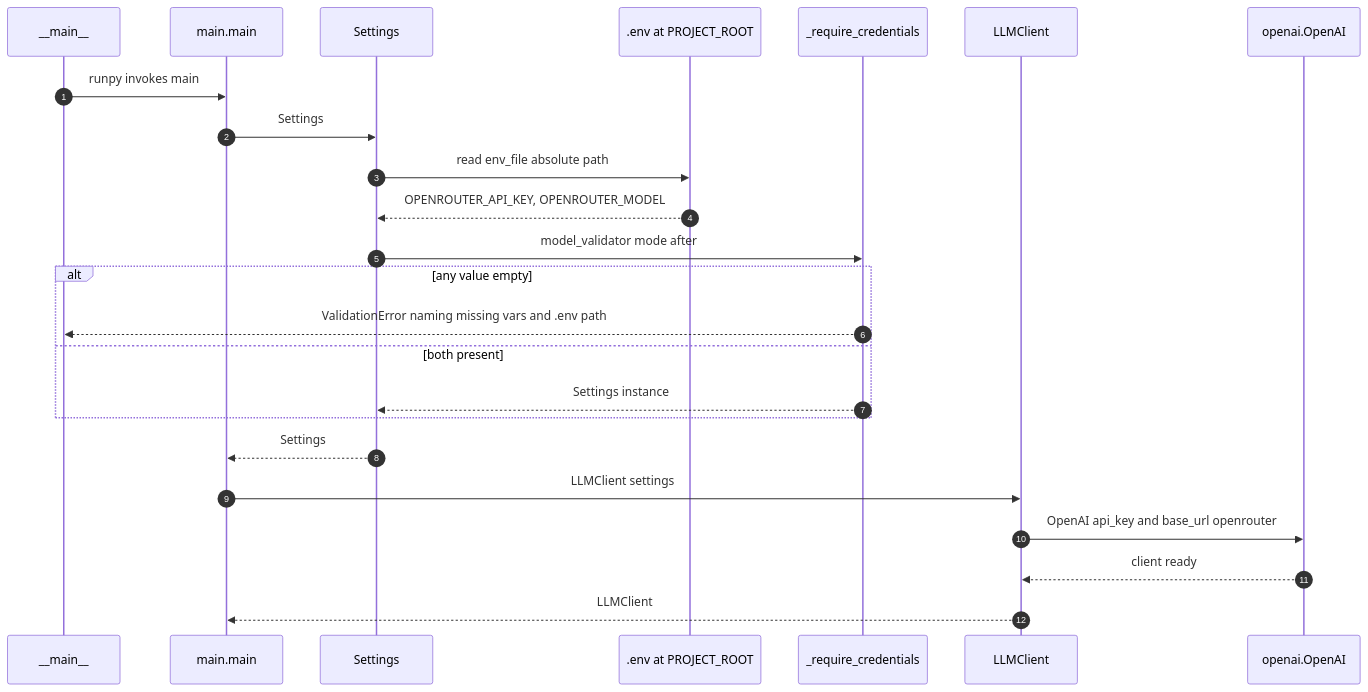
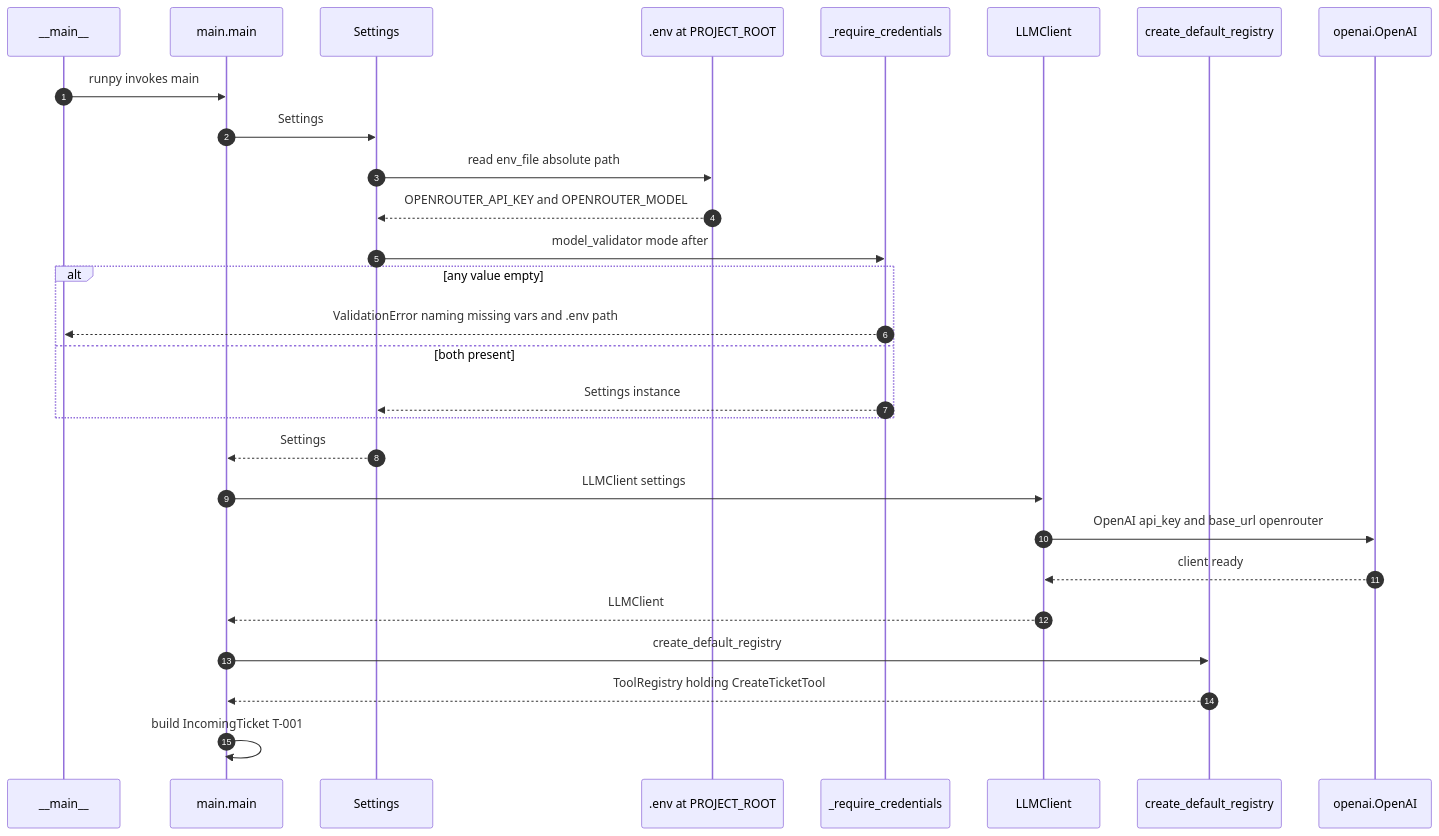
The first of 5 diagrams in docs/sequence-diagram.md (mezni/data-helpers), drawn with Mermaid before and after one commit. The commit also changed other lines of this file and 4 other files, not shown here.

Commit message:
Add tool architecture

````diff
--- a/docs/sequence-diagram.md
+++ b/docs/sequence-diagram.md
@@ -21,27 +21,31 @@
 ```mermaid
 sequenceDiagram
     autonumber
     participant CLI as __main__
     participant Main as main.main
     participant Settings as Settings
     participant EnvFile as .env at PROJECT_ROOT
     participant Validator as _require_credentials
     participant LLMClient as LLMClient
+    participant Registry as create_default_registry
     participant SDK as openai.OpenAI
 
     CLI->>Main: runpy invokes main
     Main->>Settings: Settings
     Settings->>EnvFile: read env_file absolute path
-    EnvFile-->>Settings: OPENROUTER_API_KEY, OPENROUTER_MODEL
+    EnvFile-->>Settings: OPENROUTER_API_KEY and OPENROUTER_MODEL
     Settings->>Validator: model_validator mode after
     alt any value empty
         Validator-->>CLI: ValidationError naming missing vars and .env path
     else both present
         Validator-->>Settings: Settings instance
     end
     Settings-->>Main: Settings
     Main->>LLMClient: LLMClient settings
     LLMClient->>SDK: OpenAI api_key and base_url openrouter
     SDK-->>LLMClient: client ready
     LLMClient-->>Main: LLMClient
+    Main->>Registry: create_default_registry
+    Registry-->>Main: ToolRegistry holding CreateTicketTool
+    Main->>Main: build IncomingTicket T-001
 ```
````
